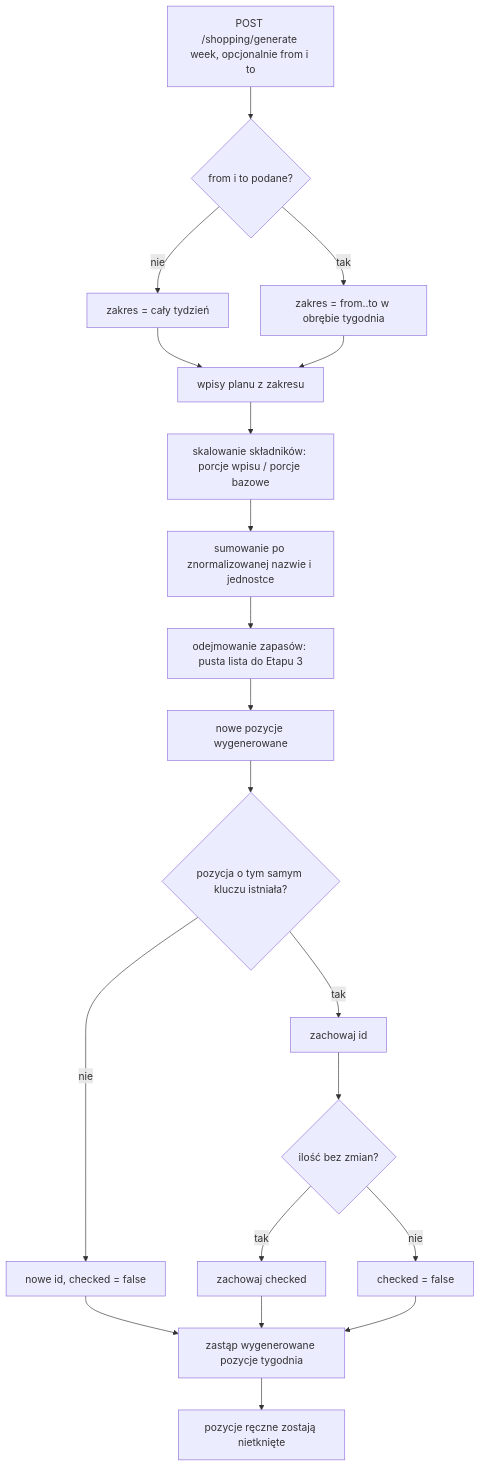
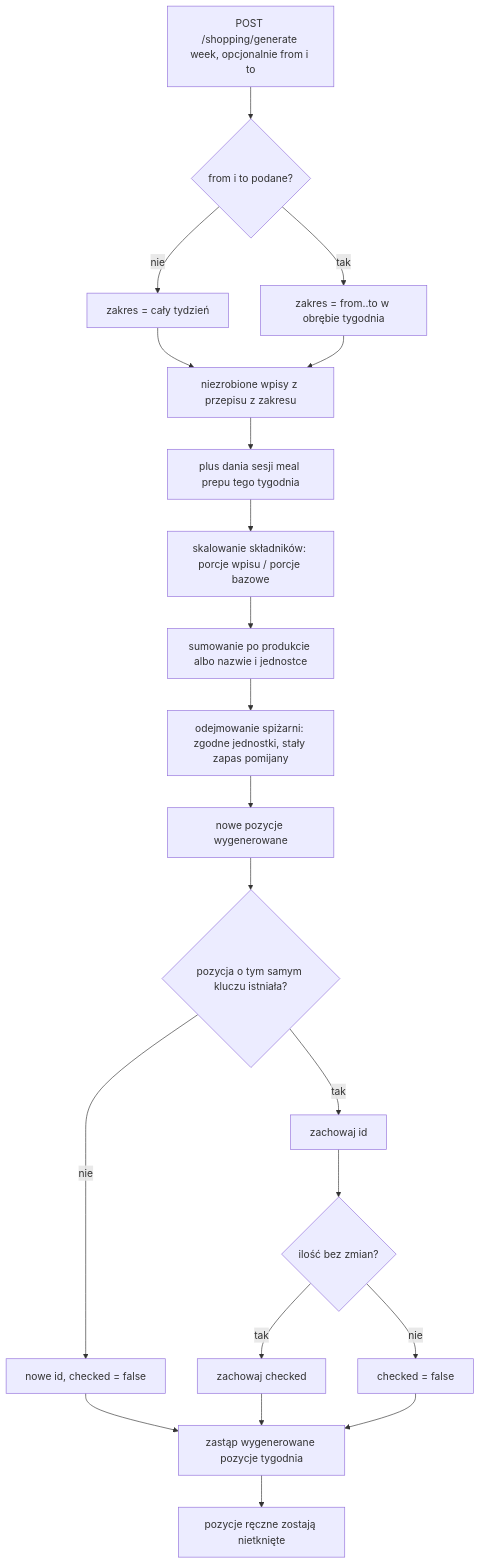
One commit to MarcinCho/mealplan changed the fourth of 7 diagrams in docs/architecture.md. Above: the diagram before and after it, drawn with Mermaid. The commit also changed other lines of this file and 6 other files, not shown here.

First line of the commit message:
docs: bring README, quickstart and architecture up to date

````diff
--- a/docs/architecture.md
+++ b/docs/architecture.md
@@ -81,22 +149,23 @@
 ```mermaid
 flowchart TD
     A[POST /shopping/generate week, opcjonalnie from i to] --> B{from i to podane?}
     B -- nie --> C[zakres = cały tydzień]
     B -- tak --> D[zakres = from..to w obrębie tygodnia]
-    C --> E[wpisy planu z zakresu]
+    C --> E[niezrobione wpisy z przepisu z zakresu]
     D --> E
-    E --> F[skalowanie składników: porcje wpisu / porcje bazowe]
-    F --> G[sumowanie po znormalizowanej nazwie i jednostce]
-    G --> H[odejmowanie zapasów: pusta lista do Etapu 3]
+    E --> E2[plus dania sesji meal prepu tego tygodnia]
+    E2 --> F[skalowanie składników: porcje wpisu / porcje bazowe]
+    F --> G[sumowanie po produkcie albo nazwie i jednostce]
+    G --> H[odejmowanie spiżarni: zgodne jednostki, stały zapas pomijany]
     H --> I[nowe pozycje wygenerowane]
     I --> J{pozycja o tym samym kluczu istniała?}
     J -- nie --> K[nowe id, checked = false]
     J -- tak --> L[zachowaj id]
     L --> M{ilość bez zmian?}
     M -- tak --> N[zachowaj checked]
     M -- nie --> O[checked = false]
     K --> P[zastąp wygenerowane pozycje tygodnia]
     N --> P
     O --> P
     P --> Q[pozycje ręczne zostają nietknięte]
 ```
````
